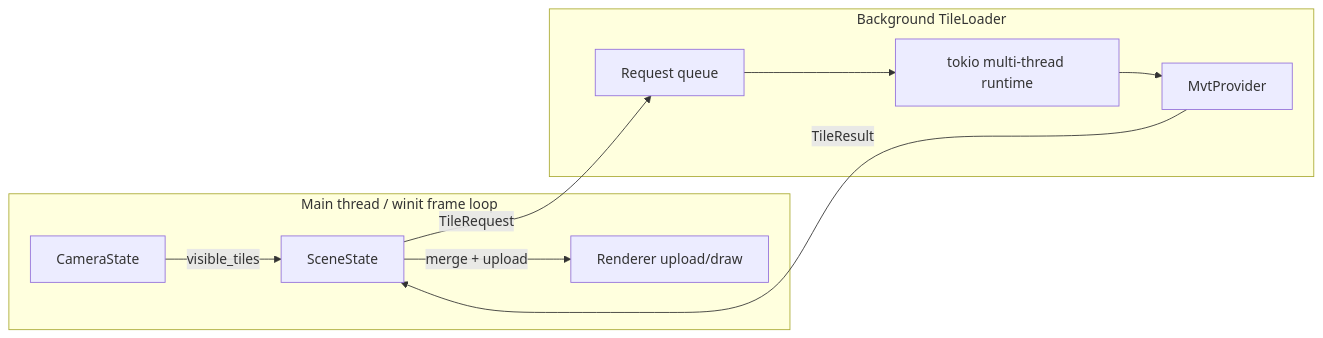
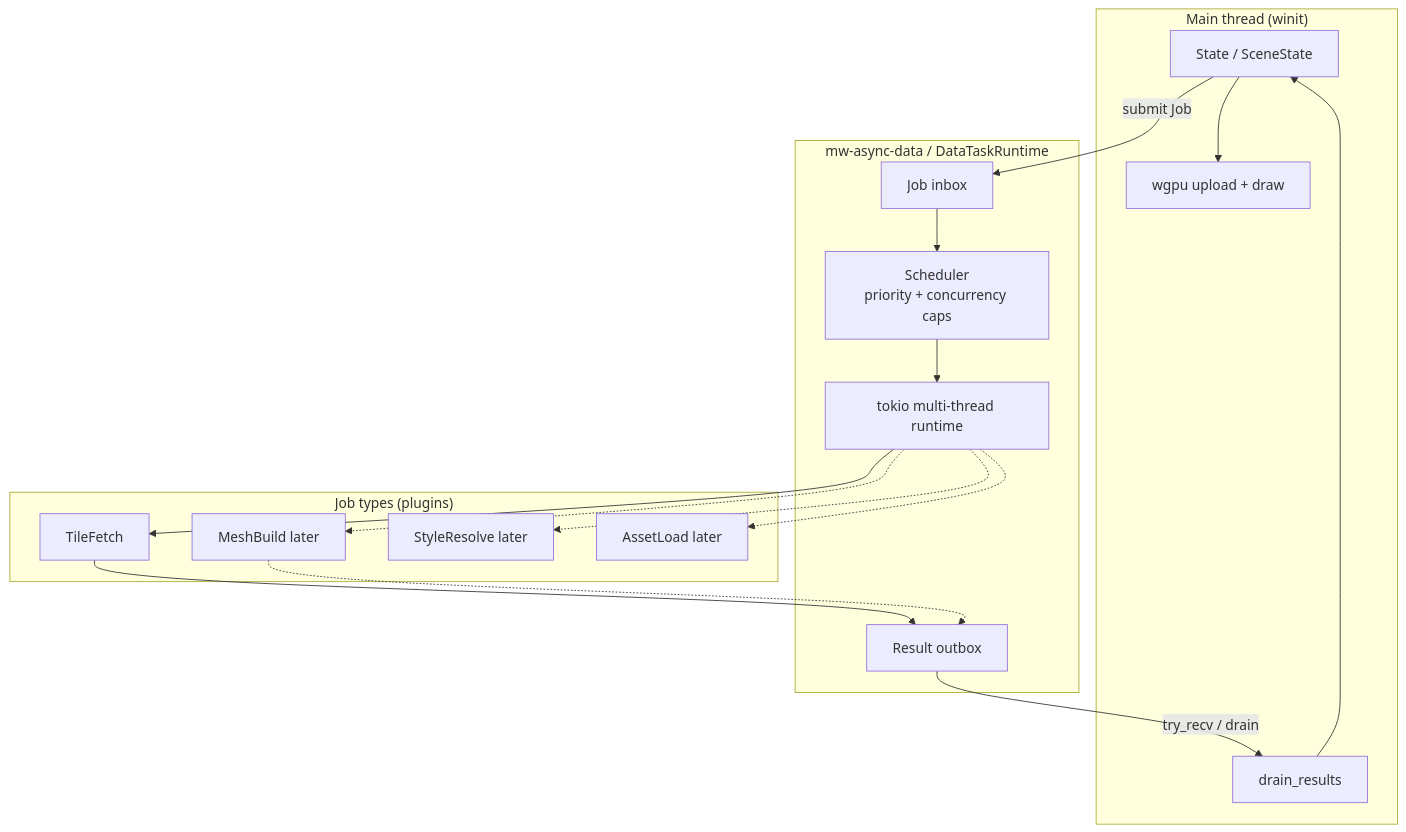
Before and after one commit to wucaiqun/MapWeave-Lab: the first of 2 diagrams in docs/phase-a-async-tile-loader.en.md, drawn with Mermaid. The commit also changed other lines of this file and 8 other files, not shown here.

Commit message:
stop blocking the main thread on tile fetch, and the first verison of tokio workers

````diff
--- a/docs/phase-a-async-tile-loader.en.md
+++ b/docs/phase-a-async-tile-loader.en.md
@@ -68,21 +73,35 @@
 ```mermaid
-flowchart LR
-    subgraph Main["Main thread / winit frame loop"]
-        Cam[CameraState]
-        Scene[SceneState]
-        GPU[Renderer upload/draw]
+flowchart TB
+    subgraph Main["Main thread (winit)"]
+        App[State / SceneState]
+        Drain[drain_results]
+        GPU[wgpu upload + draw]
     end
 
-    subgraph Loader["Background TileLoader"]
-        Q[Request queue]
-        Tokio[tokio multi-thread runtime]
-        Prov[MvtProvider]
+    subgraph Framework["mw-async-data / DataTaskRuntime"]
+        RT[tokio multi-thread runtime]
+        Inbox[Job inbox]
+        Sched[Scheduler<br/>priority + concurrency caps]
+        Outbox[Result outbox]
     end
 
-    Cam -->|visible_tiles| Scene
-    Scene -->|TileRequest| Q
-    Q --> Tokio
-    Tokio --> Prov
-    Prov -->|TileResult| Scene
-    Scene -->|merge + upload| GPU
+    subgraph Jobs["Job types (plugins)"]
+        J1[TileFetch]
+        J2[MeshBuild later]
+        J3[StyleResolve later]
+        J4[AssetLoad later]
+    end
+
+    App -->|submit Job| Inbox
+    Inbox --> Sched
+    Sched --> RT
+    RT --> J1
+    RT -.-> J2
+    RT -.-> J3
+    RT -.-> J4
+    J1 --> Outbox
+    J2 -.-> Outbox
+    Outbox -->|try_recv / drain| Drain
+    Drain --> App
+    App --> GPU
 ```
````
